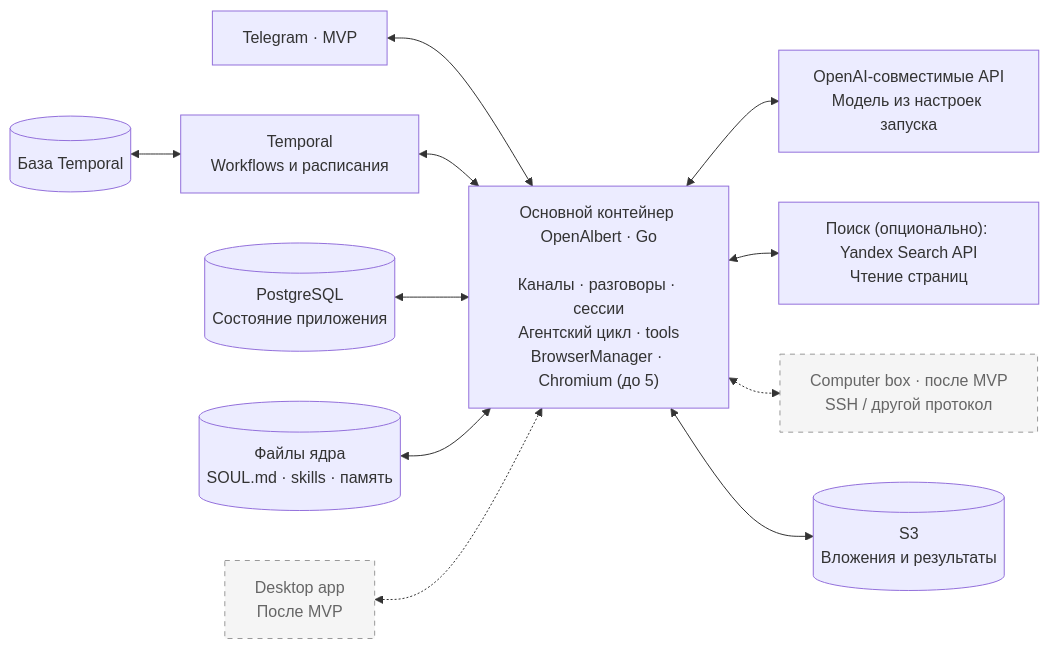
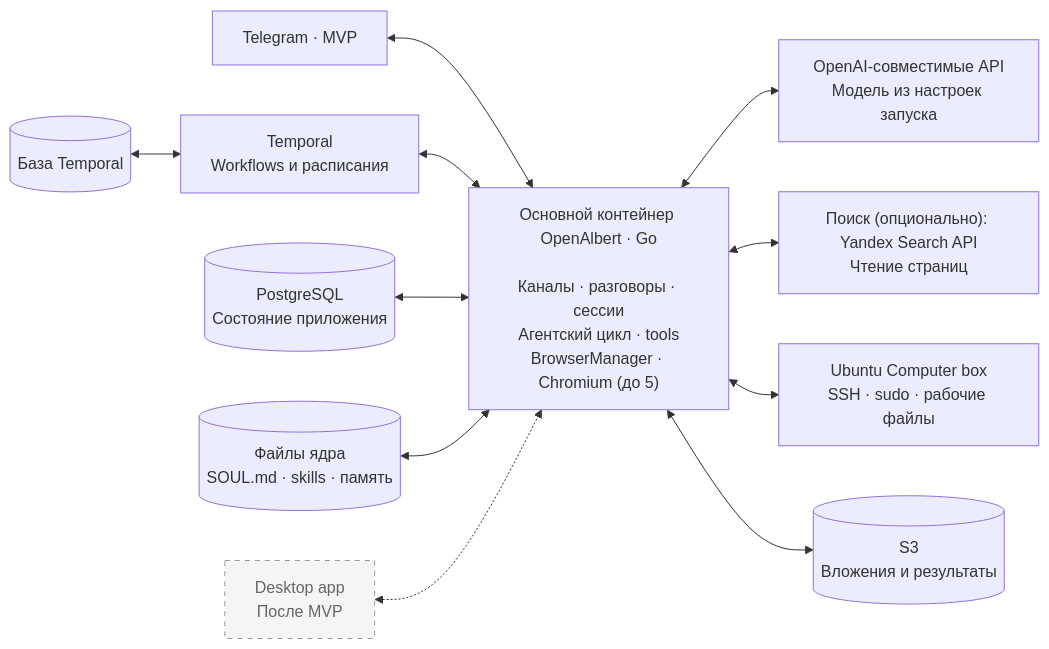
Before and after one commit to mishankov/OpenAlbert: the diagram in docs/diagrams/components.mmd, drawn with Mermaid. The commit also changed 40 other files, not shown here.

Commit message:
Add Ubuntu computer with SSH execution and passwordless sudo

```diff
--- a/docs/diagrams/components.mmd
+++ b/docs/diagrams/components.mmd
@@ -1,27 +1,27 @@
 flowchart LR
     accTitle: Компоненты OpenAlbert
-    accDescr: В MVP Telegram связан с ядром, Temporal управляет исполнением, а инструменты обращаются к выбранной при запуске модели и данным. Desktop app и Computer box показаны пунктиром как последующий этап.
+    accDescr: В MVP Telegram связан с ядром, Temporal управляет исполнением, а инструменты обращаются к выбранной при запуске модели и данным. Отдельный Ubuntu Computer box подключён по SSH. Desktop app показан пунктиром как последующий этап.
     Channels["Telegram · MVP"]
     Desktop["Desktop app<br/>После MVP"]
     TemporalDB[("База Temporal")]
     Temporal["Temporal<br/>Workflows и расписания"]
     DB[("PostgreSQL<br/>Состояние приложения")]
     Files[("Файлы ядра<br/>SOUL.md · skills · память")]
     Core["Основной контейнер OpenAlbert · Go<br/><br/>Каналы · разговоры · сессии<br/>Агентский цикл · tools<br/>BrowserManager · Chromium (до 5)"]
     LLM["OpenAI-совместимые API<br/>Модель из настроек запуска"]
     Search["Поиск (опционально): Yandex Search API<br/>Чтение страниц"]
-    Computer["Computer box · после MVP<br/>SSH / другой протокол"]
+    Computer["Ubuntu Computer box<br/>SSH · sudo · рабочие файлы"]
     S3[("S3<br/>Вложения и результаты")]
 
     Channels <--> Core
     TemporalDB <--> Temporal
     Temporal <--> Core
     DB <--> Core
     Files <--> Core
     Core <--> LLM
     Core <--> Search
-    Core <-.-> Computer
+    Core <--> Computer
     Desktop <-.-> Core
     classDef future fill:#f5f5f5,stroke:#999,stroke-dasharray:5 5,color:#666
-    class Desktop,Computer future
+    class Desktop future
     Core <--> S3
```
